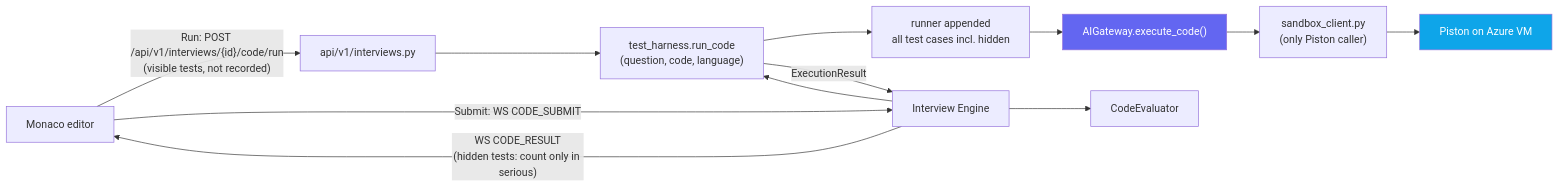
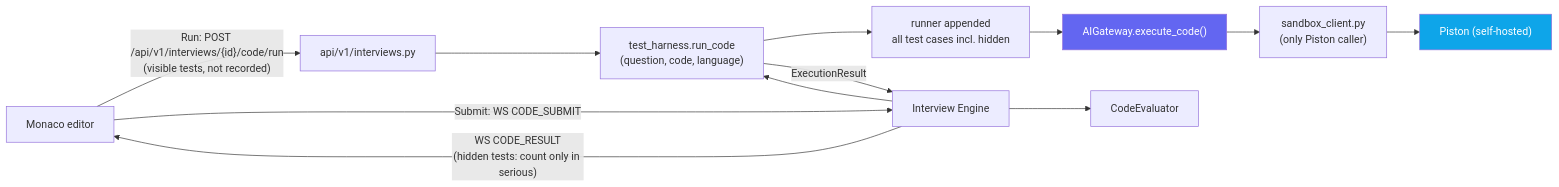
One commit to lovishmanchanda/Agentic-Interview-Coach changed the tenth of 12 diagrams in docs/architecture.md. Above: the diagram before and after it, drawn with Mermaid. The commit also changed other lines of this file and 17 other files, not shown here.

Commit message:
README, project structure and deployment guides; self-hosted Piston; local-friendly .env.example; status refresh after interviews

````diff
--- a/docs/architecture.md
+++ b/docs/architecture.md
@@ -1268,17 +1268,17 @@
 ```mermaid
 flowchart LR
     FE["Monaco editor"] -- "Run: POST /api/v1/interviews/{id}/code/run\n(visible tests, not recorded)" --> CODE_API["api/v1/interviews.py"]
     FE -- "Submit: WS CODE_SUBMIT" --> ENGINE["Interview Engine"]
     ENGINE --> TOOL["test_harness.run_code\n(question, code, language)"]
     CODE_API --> TOOL
     TOOL --> HARNESS["runner appended\nall test cases incl. hidden"]
     HARNESS --> GW["AIGateway.execute_code()"]
     GW --> CLIENT["sandbox_client.py\n(only Piston caller)"]
-    CLIENT --> PISTON["Piston on Azure VM"]
+    CLIENT --> PISTON["Piston (self-hosted)"]
     TOOL -- "ExecutionResult" --> ENGINE
     ENGINE -- "WS CODE_RESULT\n(hidden tests: count only in serious)" --> FE
     ENGINE --> CODE_EVAL["CodeEvaluator"]
 
     style PISTON fill:#0ea5e9,color:#fff
     style GW fill:#6366f1,color:#fff
 ```
````
